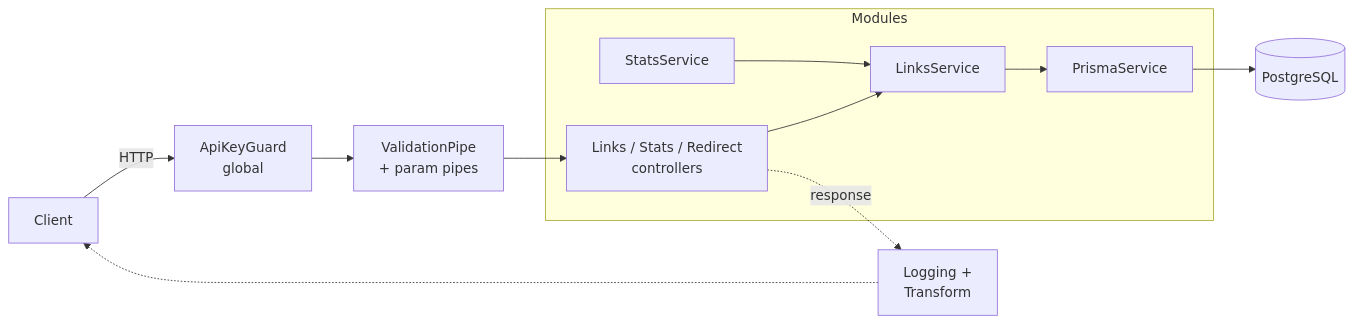
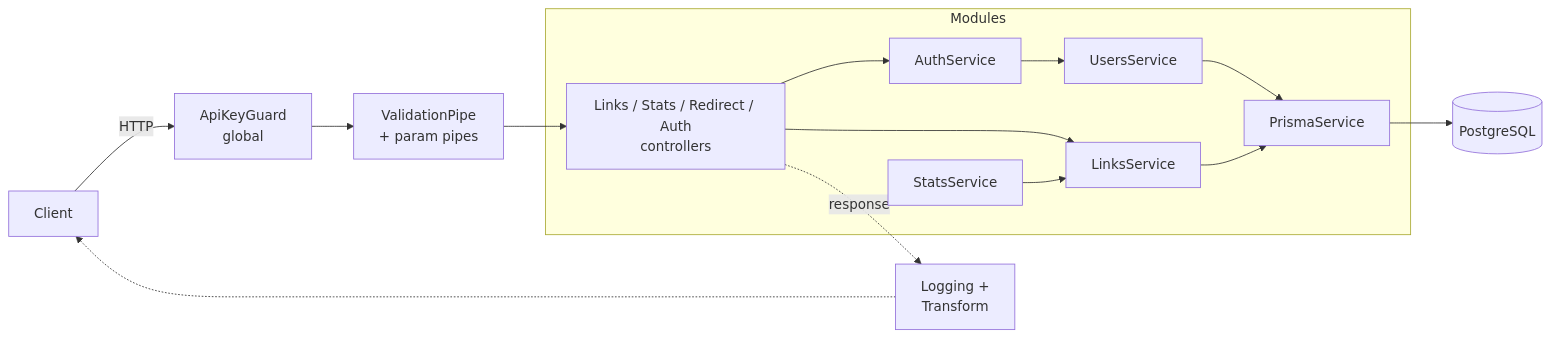
Before and after one commit to huseyincansoylu/shortlink-api: the first of 2 diagrams in README.md, drawn with Mermaid. The commit also changed other lines of this file and 9 other files, not shown here.

````diff
--- a/README.md
+++ b/README.md
@@ -21,14 +22,15 @@
 ```mermaid
 flowchart LR
     Client -->|HTTP| Guard[ApiKeyGuard<br/>global]
     Guard --> Pipes[ValidationPipe<br/>+ param pipes]
     Pipes --> Controllers
     subgraph Modules
-        Controllers[Links / Stats / Redirect<br/>controllers] --> LinksService
+        Controllers[Links / Stats / Redirect / Auth<br/>controllers] --> LinksService
+        Controllers --> AuthService --> UsersService --> PrismaService
         StatsService --> LinksService
         LinksService --> PrismaService
     end
     PrismaService --> DB[(PostgreSQL)]
     Controllers -.->|response| Interceptors[Logging +<br/>Transform]
     Interceptors -.-> Client
 ```
````
